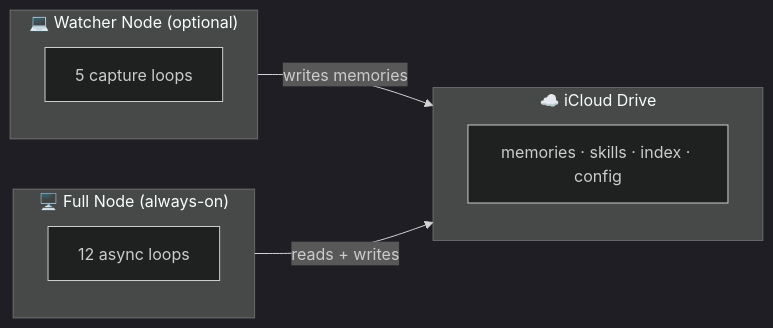
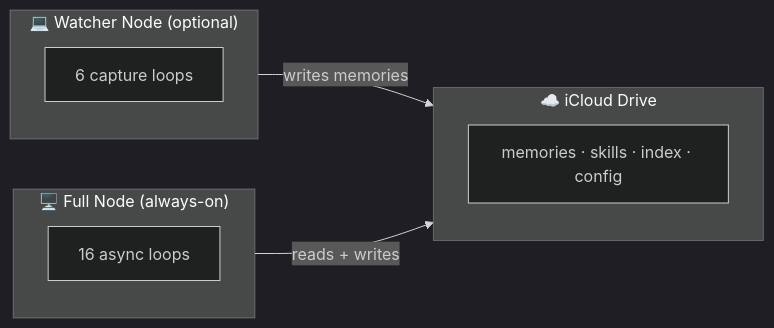
The first of 9 diagrams in README.md (chrisbrobertson/felix), drawn with Mermaid (dark theme) before and after one commit. The commit also changed other lines of this file and 1 other file, not shown here.

````diff
--- a/README.md
+++ b/README.md
@@ -79,14 +79,14 @@
 ```mermaid
 graph LR
     subgraph WATCHER["💻 Watcher Node (optional)"]
-        WB[5 capture loops]
+        WB[6 capture loops]
     end
     subgraph CLOUD["☁️ iCloud Drive"]
         BUS["memories · skills · index · config"]
     end
     subgraph FULL["🖥️ Full Node (always-on)"]
-        LOOPS["12 async loops"]
+        LOOPS["16 async loops"]
     end
     WATCHER -- "writes memories" --> CLOUD
     FULL -- "reads + writes" --> CLOUD
 ```
````
